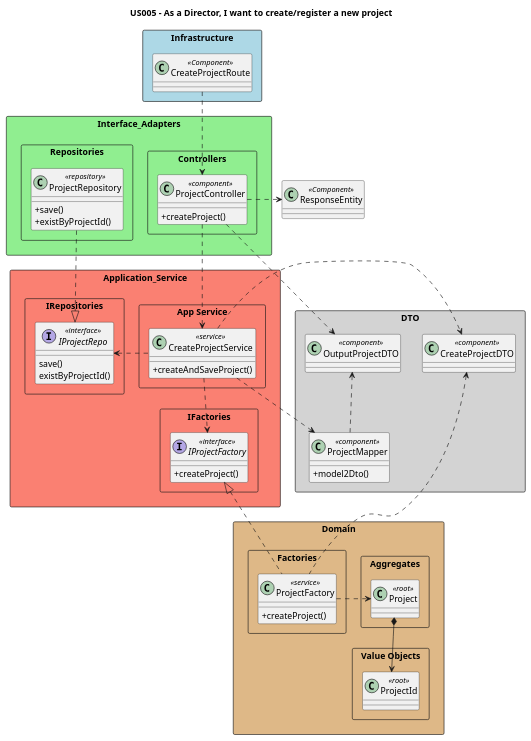
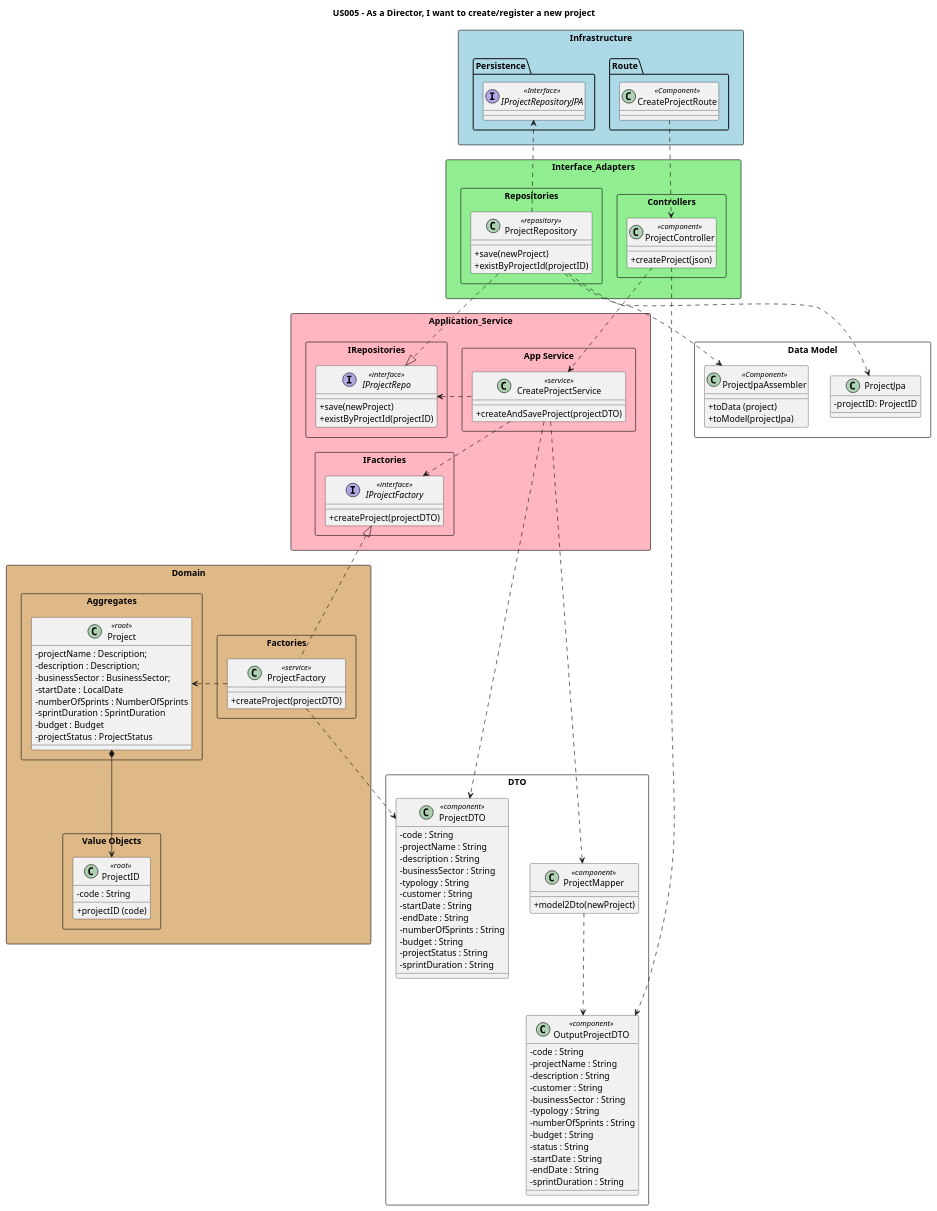
Before and after one commit to nunogon1211787/projectManagement: the diagram in docs/Sprint1/US005/US005-CD.puml, drawn with PlantUML. The commit also changed 28 other files, not shown here.

```diff
--- a/docs/Sprint1/US005/US005-CD.puml
+++ b/docs/Sprint1/US005/US005-CD.puml
@@ -1,103 +1,155 @@
 @startuml
 'https://plantuml.com/class-diagram
 
 skinparam classAttributeIconSize 0
 
 title US005 - As a Director, I want to create/register a new project
 
 
 
 '-------------------INFRASTRUCTURE-----------------------'
 package "Infrastructure" <<Rectangle>>  #lightblue {
+package "Route" {
 class "CreateProjectRoute" as infra <<Component>>{
 }
 }
+package "Persistence" {
+interface "IProjectRepositoryJPA" as jpa <<Interface>>{
+}
+}
+}
+
+
+
+package "Data Model" <<Rectangle>>{
+class "ProjectJpaAssembler" as assemblerjpa <<Component>> {
++toData (project)
++toModel(projectJpa)
+}
+class "ProjectJpa" as projectJPA {
+-projectID: ProjectID
+}
+}
+
 
 
 '-------------------INTERFACE ADAPTERS-------------------'
 package Interface_Adapters <<Rectangle>> #lightgreen{
 package "Controllers" <<Rectangle>> {
 class "ProjectController" as Ctrl <<component>> {
-+createProject()
++createProject(json)
 }
 }
 package Repositories <<Rectangle>> {
 class "ProjectRepository" as projectRepo <<repository>> {
-+save()
-+existByProjectId()
++save(newProject)
++existByProjectId(projectID)
 }
 }
 }
 
 '-------------------APPLICATION SERVICE------------------'
-package Application_Service <<Rectangle>> #salmon {
+package Application_Service <<Rectangle>> #lightpink {
 package IFactories <<Rectangle>> {
 interface "IProjectFactory" as inter <<interface>>{
-+createProject()
++createProject(projectDTO)
 }
 }
 package IRepositories <<Rectangle>> {
 interface "IProjectRepo" as iRepo <<interface>>{
-save()
-existByProjectId()
++save(newProject)
++existByProjectId(projectID)
 }
 }
 
 package "App Service" <<Rectangle>> {
 class "CreateProjectService" as service <<service>> {
-+createAndSaveProject()
++createAndSaveProject(projectDTO)
 }
 }
 }
 
 
 '-------------------DOMAIN-------------------------------'
 package Domain <<Rectangle>> #burlywood{
 package "Aggregates" <<Rectangle>> {
-class "Project" as project <<root>>
+class "Project" as project <<root>> {
+- projectName : Description;
+- description : Description;
+- businessSector : BusinessSector;
+- startDate : LocalDate
+- numberOfSprints : NumberOfSprints
+- sprintDuration : SprintDuration
+- budget : Budget
+- projectStatus : ProjectStatus
+}
 }
 package "Factories" <<Rectangle>> {
 class "ProjectFactory" as factory <<service>> {
-+createProject()
++createProject(projectDTO)
 }
 }
 package "Value Objects" <<Rectangle>> {
-class "ProjectId" as projId <<root>>
+class "ProjectID" as projId <<root>> {
+- code : String
++ projectID (code)
+}
 }
 }
 
 
 '-------------------DTO----------------------------------'
-package "DTO" <<Rectangle>> #lightgrey{
+package "DTO" <<Rectangle>>{
 class "ProjectMapper" as mapper <<component>> {
-+model2Dto()
++model2Dto(newProject)
 }
-class "CreateProjectDTO" as projectDTO <<component>>
-class "OutputProjectDTO" as outPutDTO <<component>>
+class "ProjectDTO" as projectDTO <<component>>{
+- code : String
+- projectName : String
+- description : String
+- businessSector : String
+- typology : String
+- customer : String
+- startDate : String
+- endDate : String
+- numberOfSprints : String
+- budget : String
+- projectStatus : String
+- sprintDuration : String
 }
-
-
-'-------------------OTHERS-------------------------------'
-class "ResponseEntity" as json <<Component>>
-
-
+class "OutputProjectDTO" as outPutDTO <<component>>{
+- code : String
+- projectName : String
+- description : String
+- customer : String
+- businessSector : String
+- typology : String
+- numberOfSprints : String
+- budget : String
+- status : String
+- startDate : String
+- endDate : String
+- sprintDuration : String
+}
+}
 
 
 '-------------------RELATIONSHIPS------------------------'
 infra ..> Ctrl
 Ctrl ..> service
-Ctrl .> json
 projectRepo ..|> iRepo
 service .l.> iRepo
 service ..> inter
 service .r.> mapper
 factory .u.|> inter
 factory .r.> project
-factory .l.> projectDTO
-service .r.> projectDTO
-mapper .u.> outPutDTO
+factory ..> projectDTO
+service ..> projectDTO
+mapper ..> outPutDTO
 Ctrl ..> outPutDTO
 project *--> projId
 
-
+projectRepo ..> jpa
+projectRepo ..> assemblerjpa
+projectRepo ..> projectJPA
 @enduml
```
